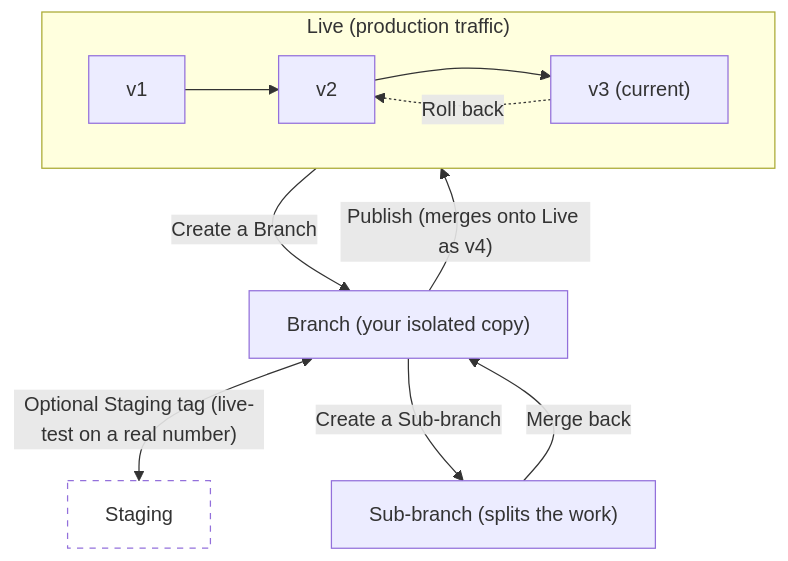
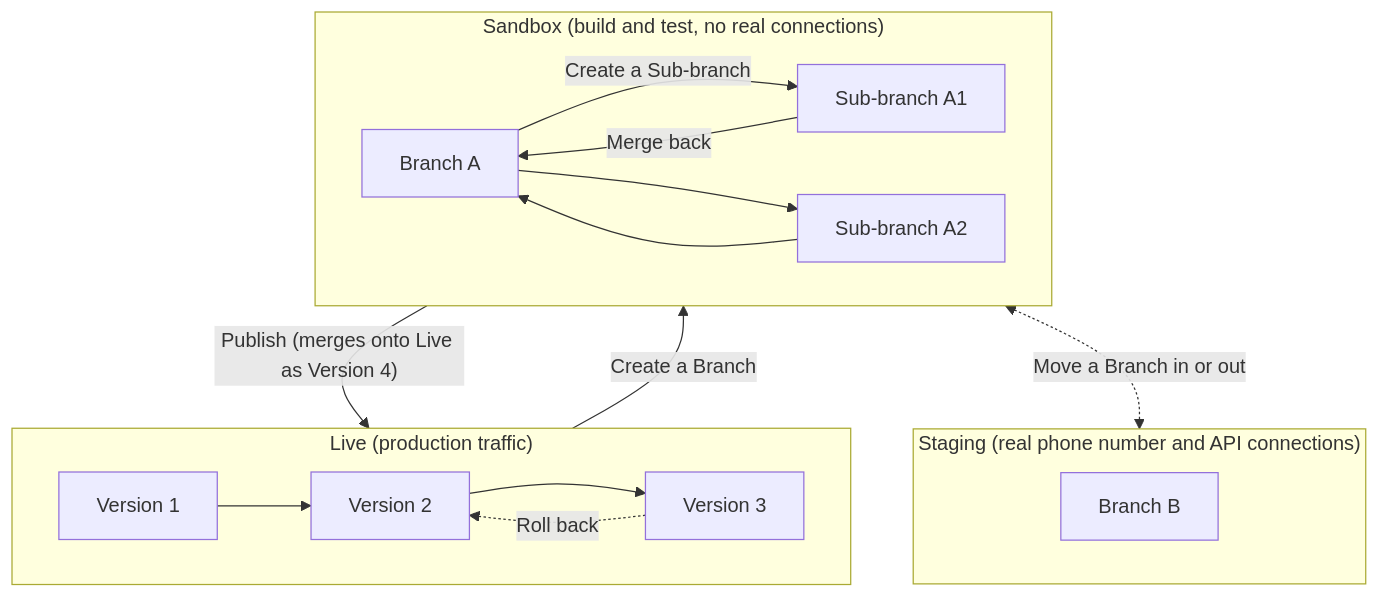
One commit to PolyAI-LDN/polyai-mintlify-doc changed the diagram in environments-and-versions/introduction.mdx. Above: the diagram before and after it, drawn with Mermaid.

Commit message:
docs: diagram as three environment boxes with uniform nodes

````diff
--- a/environments-and-versions/introduction.mdx
+++ b/environments-and-versions/introduction.mdx
@@ -21,16 +21,21 @@
 ```mermaid
 flowchart TD
     subgraph Live["Live (production traffic)"]
         direction LR
-        v1["v1"] --> v2["v2"] --> v3["v3 (current)"]
+        v1["Version 1"] --> v2["Version 2"] --> v3["Version 3"]
     end
-    Live -->|"Create a Branch"| Branch["Branch (your isolated copy)"]
-    Branch -->|"Publish (merges onto Live as v4)"| Live
+    subgraph Staging["Staging (real phone number and API connections)"]
+        B2["Branch B"]
+    end
+    subgraph Sandbox["Sandbox (build and test, no real connections)"]
+        B1["Branch A"]
+        B1 -->|"Create a Sub-branch"| S1["Sub-branch A1"]
+        B1 --> S2["Sub-branch A2"]
+        S1 -->|"Merge back"| B1
+        S2 --> B1
+    end
     v3 -.->|"Roll back"| v2
-    Branch <-->|"Optional Staging tag (live-test on a real number)"| Staging["Staging"]
-    Branch -->|"Create a Sub-branch"| Sub["Sub-branch (splits the work)"]
-    Sub -->|"Merge back"| Branch
-
-    classDef tag fill:none,stroke-dasharray: 5 5
-    class Staging tag
+    Live -->|"Create a Branch"| Sandbox
+    Sandbox -->|"Publish (merges onto Live as Version 4)"| Live
+    Sandbox <-.->|"Move a Branch in or out"| Staging
 ```
````
